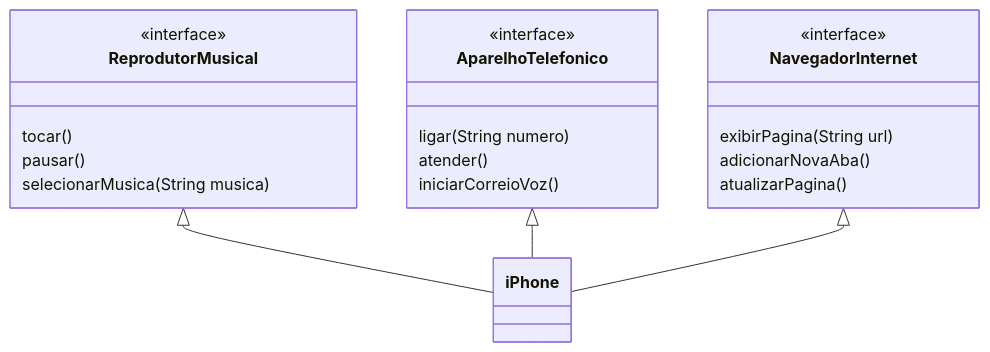
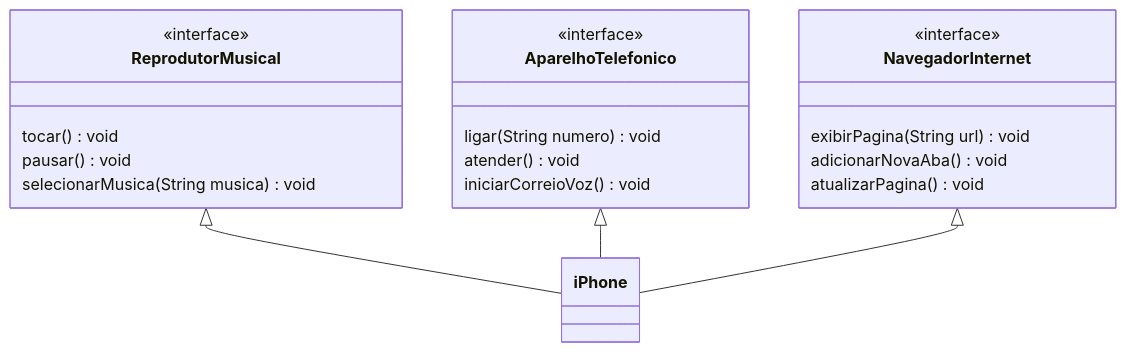
One commit to DjalmaDeveloper/DIO-Desafio-iPhone changed the diagram in README.md. Above: the diagram before and after it, drawn with Mermaid.

Commit message:
Documentação UML atualizada, incluso o tipo de retorno dos métodos nas interfaces

````diff
--- a/README.md
+++ b/README.md
@@ -11,26 +11,26 @@
 ```mermaid
 classDiagram
   class ReprodutorMusical
   <<interface>> ReprodutorMusical
-  Reprodutor Musical : tocar()
-  Reprodutor Musical : pausar()
-  Reprodutor Musical : selecionarMusica(String musica)
+  Reprodutor Musical : tocar() void
+  Reprodutor Musical : pausar() void
+  Reprodutor Musical : selecionarMusica(String musica) void
 
   class NavegadorInternet
   <<interface>> NavegadorInternet
-  NavegadorInternet : exibirPagina(String url)
-  NavegadorInternet : adicionarNovaAba()
-  NavegadorInternet : atualizarPagina()
+  NavegadorInternet : exibirPagina(String url) void
+  NavegadorInternet : adicionarNovaAba() void
+  NavegadorInternet : atualizarPagina() void
 
   class AparelhoTelefonico
   <<interface>> AparelhoTelefonico
-  AparelhoTelefonico : ligar(String numero)
-  AparelhoTelefonico : atender()
-  AparelhoTelefonico : iniciarCorreioVoz()
+  AparelhoTelefonico : ligar(String numero) void
+  AparelhoTelefonico : atender() void
+  AparelhoTelefonico : iniciarCorreioVoz() void
   
   class iPhone
 
 ReprodutorMusical <|-- iPhone
 AparelhoTelefonico <|-- iPhone
 NavegadorInternet <|-- iPhone
 ```
````
